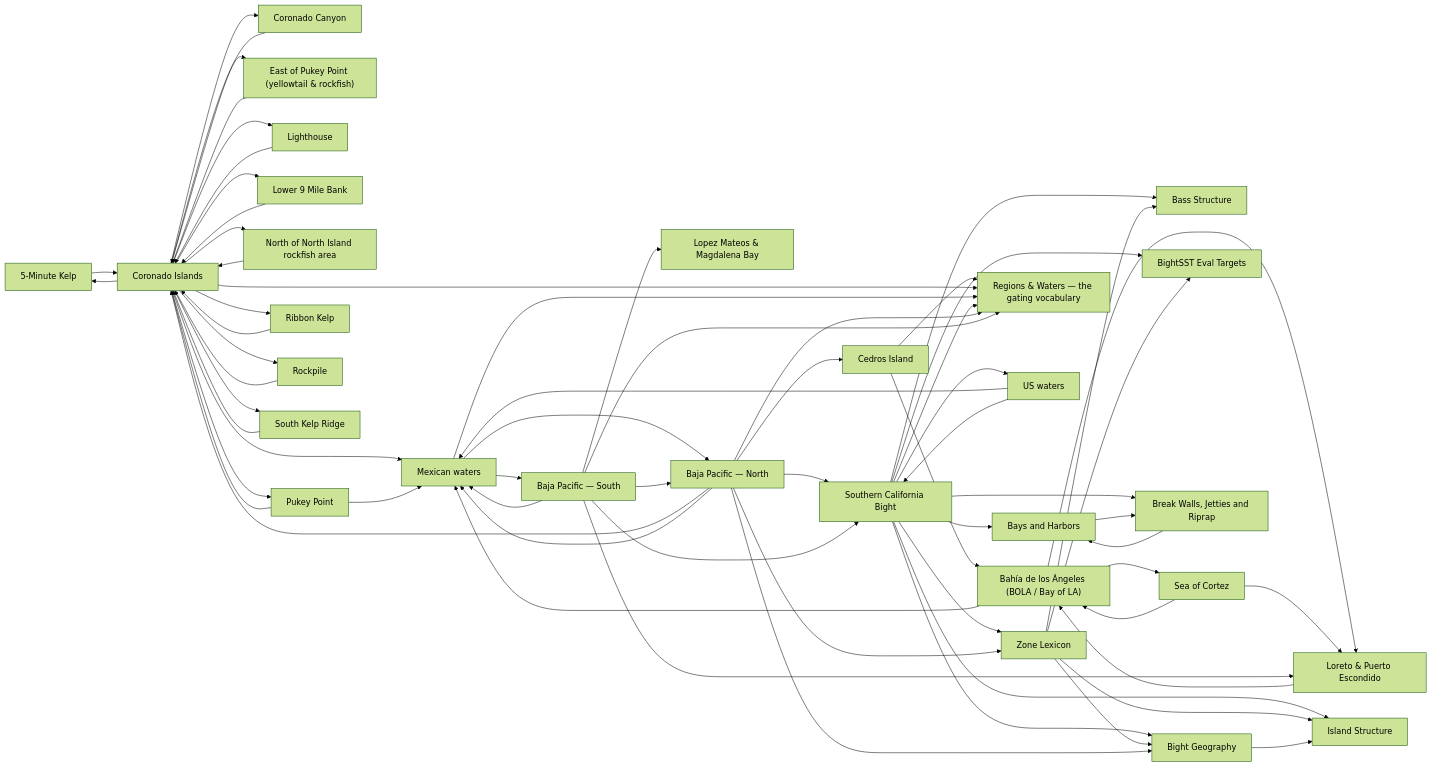
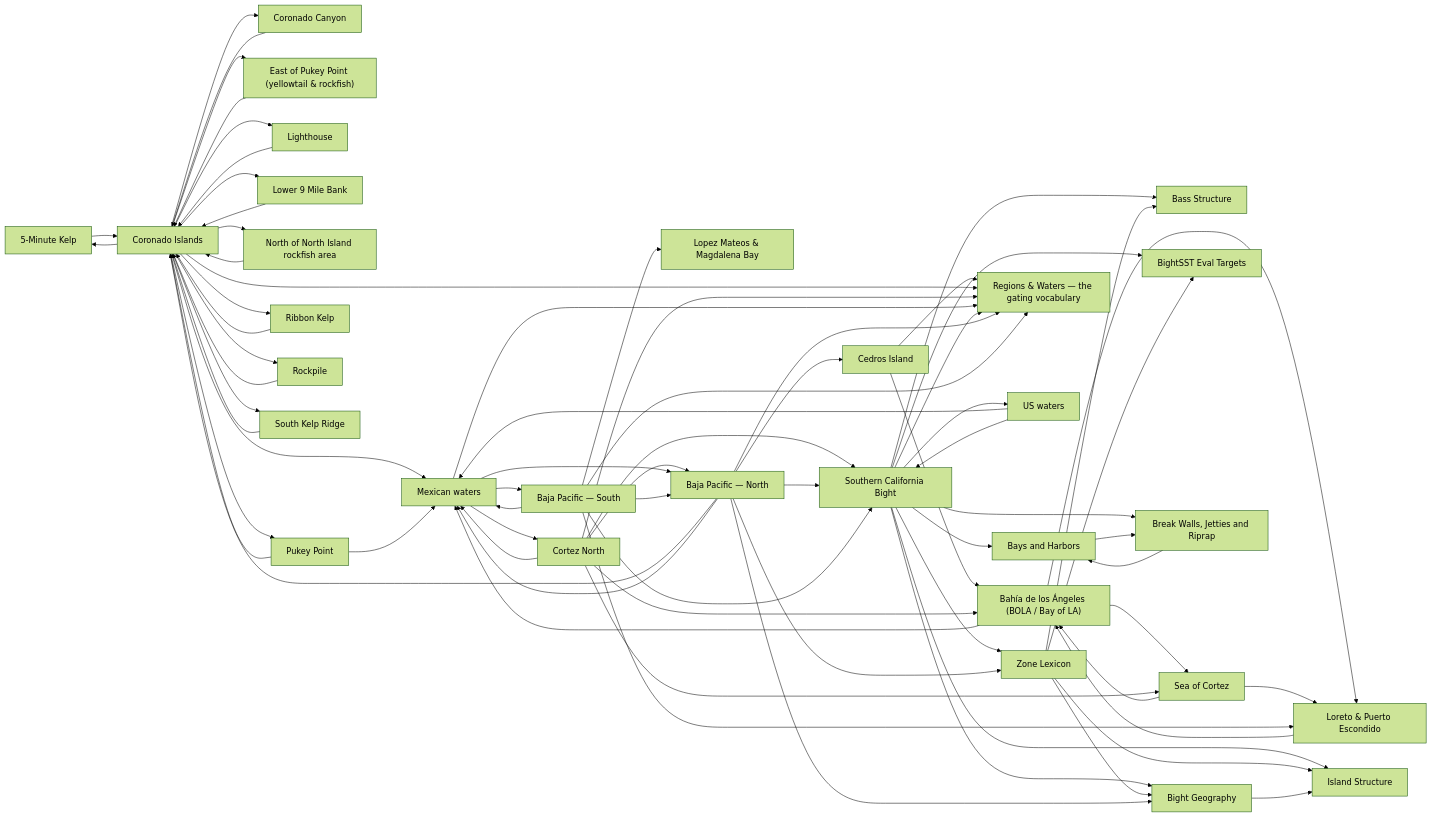
One commit to camchuckpete-max/Socal-Fishing-Knowledge changed the diagram in locations/README.md. Above: the diagram before and after it, drawn with Mermaid (forest theme). The commit also changed other lines of this file and 27 other files, not shown here.

Commit message:
review: locations/cortez-north.md — geo

````diff
--- a/locations/README.md
+++ b/locations/README.md
@@ -57,85 +58,93 @@
   n10["Cedros Island"]
   n11["Coronado Canyon"]
   n12["Coronado Islands"]
-  n13["East of Pukey Point (yellowtail & rockfish)"]
-  n14["Island Structure"]
-  n15["Lighthouse"]
-  n16["Loreto & Puerto Escondido"]
-  n17["Lower 9 Mile Bank"]
-  n18["Mexican waters"]
-  n19["North of North Island rockfish area"]
-  n20["Pukey Point"]
-  n21["Regions & Waters — the gating vocabulary"]
-  n22["Ribbon Kelp"]
-  n23["Rockpile"]
-  n24["Sea of Cortez"]
-  n25["Southern California Bight"]
-  n26["South Kelp Ridge"]
-  n27["US waters"]
-  n28["Zone Lexicon"]
+  n13["Cortez North"]
+  n14["East of Pukey Point (yellowtail & rockfish)"]
+  n15["Island Structure"]
+  n16["Lighthouse"]
+  n17["Loreto & Puerto Escondido"]
+  n18["Lower 9 Mile Bank"]
+  n19["Mexican waters"]
+  n20["North of North Island rockfish area"]
+  n21["Pukey Point"]
+  n22["Regions & Waters — the gating vocabulary"]
+  n23["Ribbon Kelp"]
+  n24["Rockpile"]
+  n25["Sea of Cortez"]
+  n26["Southern California Bight"]
+  n27["South Kelp Ridge"]
+  n28["US waters"]
+  n29["Zone Lexicon"]
   n0 --> n12
-  n1 --> n16
-  n1 --> n18
-  n1 --> n24
+  n1 --> n17
+  n1 --> n19
+  n1 --> n25
   n10 --> n1
-  n10 --> n21
+  n10 --> n22
   n11 --> n12
   n12 --> n0
   n12 --> n11
-  n12 --> n13
-  n12 --> n15
-  n12 --> n17
+  n12 --> n14
+  n12 --> n16
   n12 --> n18
   n12 --> n19
   n12 --> n20
   n12 --> n21
   n12 --> n22
   n12 --> n23
-  n12 --> n26
-  n13 --> n12
-  n15 --> n12
-  n16 --> n1
-  n17 --> n12
-  n18 --> n21
-  n18 --> n3
-  n18 --> n4
-  n19 --> n12
+  n12 --> n24
+  n12 --> n27
+  n13 --> n1
+  n13 --> n19
+  n13 --> n22
+  n13 --> n25
+  n13 --> n26
+  n13 --> n3
+  n14 --> n12
+  n16 --> n12
+  n17 --> n1
+  n18 --> n12
+  n19 --> n13
+  n19 --> n22
+  n19 --> n3
+  n19 --> n4
   n20 --> n12
-  n20 --> n18
-  n22 --> n12
+  n21 --> n12
+  n21 --> n19
   n23 --> n12
-  n24 --> n1
-  n24 --> n16
-  n25 --> n14
-  n25 --> n21
-  n25 --> n27
-  n25 --> n28
-  n25 --> n5
-  n25 --> n6
-  n25 --> n7
-  n25 --> n8
-  n25 --> n9
-  n26 --> n12
-  n27 --> n18
-  n27 --> n25
-  n28 --> n14
-  n28 --> n5
-  n28 --> n7
-  n28 --> n8
+  n24 --> n12
+  n25 --> n1
+  n25 --> n17
+  n26 --> n15
+  n26 --> n22
+  n26 --> n28
+  n26 --> n29
+  n26 --> n5
+  n26 --> n6
+  n26 --> n7
+  n26 --> n8
+  n26 --> n9
+  n27 --> n12
+  n28 --> n19
+  n28 --> n26
+  n29 --> n15
+  n29 --> n5
+  n29 --> n7
+  n29 --> n8
   n3 --> n10
   n3 --> n12
-  n3 --> n18
-  n3 --> n21
-  n3 --> n25
-  n3 --> n28
+  n3 --> n19
+  n3 --> n22
+  n3 --> n26
+  n3 --> n29
   n3 --> n7
-  n4 --> n16
-  n4 --> n18
+  n4 --> n17
+  n4 --> n19
   n4 --> n2
-  n4 --> n21
-  n4 --> n25
+  n4 --> n22
+  n4 --> n26
   n4 --> n3
   n6 --> n9
-  n7 --> n14
+  n7 --> n15
   n9 --> n6
 ```
````
